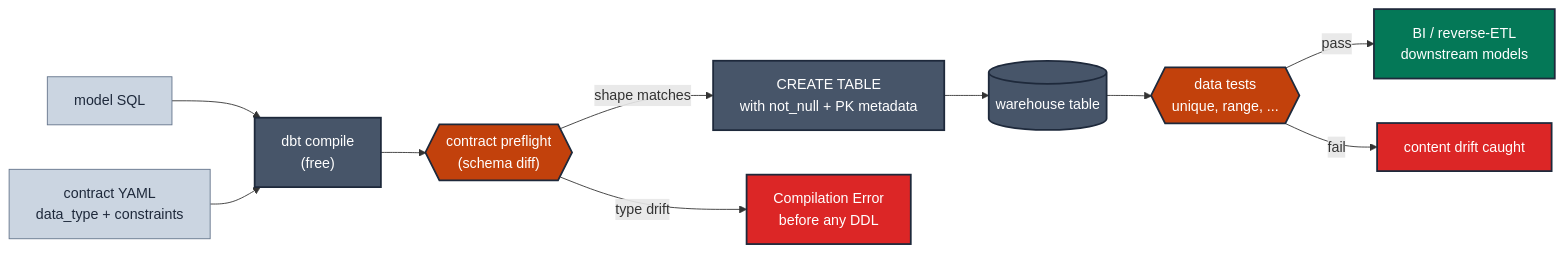
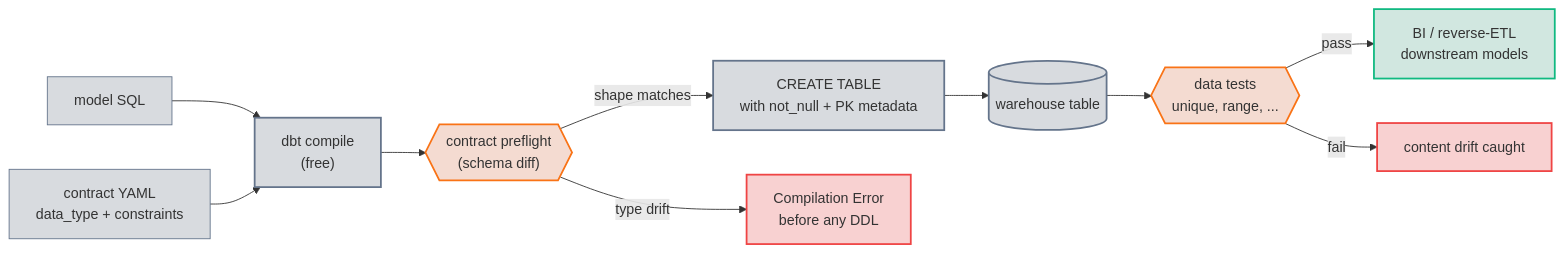
One commit to neozenith/dbt-gcp-jaffleshop changed the diagram in docs/guides/testing_taxonomy/model/MD-02-contracts.md. Above: the diagram before and after it, drawn with Mermaid. The commit also changed 36 other files, not shown here.

First line of the commit message:
docs(taxonomy): rework guide entry-point + WCAG-AAA dual-theme mermaid palette (#19)

````diff
--- a/docs/guides/testing_taxonomy/model/MD-02-contracts.md
+++ b/docs/guides/testing_taxonomy/model/MD-02-contracts.md
@@ -99,21 +99,21 @@
 ```mermaid
 flowchart LR
     sql["model SQL"]:::modelSecondary --> compile["dbt compile<br/>(free)"]:::modelPrimary
     yaml["contract YAML<br/>data_type + constraints"]:::modelSecondary --> compile
 
     compile --> preflight{{"contract preflight<br/>(schema diff)"}}:::gate
 
     preflight -- "shape matches" --> ddl["CREATE TABLE<br/>with not_null + PK metadata"]:::modelPrimary
     preflight -- "type drift" --> stop["Compilation Error<br/>before any DDL"]:::fail
 
     ddl --> table[("warehouse table")]:::modelPrimary
     table --> tests{{"data tests<br/>unique, range, ..."}}:::gate
     tests -- pass --> consumers["BI / reverse-ETL<br/>downstream models"]:::ok
     tests -- fail --> stop2["content drift caught"]:::fail
 
-    classDef modelPrimary   fill:#475569,stroke:#1e293b,color:#fff,stroke-width:2px
-    classDef modelSecondary fill:#cbd5e1,stroke:#64748b,color:#1e293b,stroke-width:1px
-    classDef gate           fill:#c2410c,stroke:#1e293b,color:#fff,stroke-width:2px
-    classDef ok             fill:#047857,stroke:#1e293b,color:#fff,stroke-width:2px
-    classDef fail           fill:#dc2626,stroke:#1e293b,color:#fff,stroke-width:2px
+    classDef modelPrimary fill:#47556936,stroke:#64748b,stroke-width:2px
+    classDef modelSecondary fill:#47556936,stroke:#64748b,stroke-width:1px
+    classDef gate fill:#c2410c30,stroke:#f97316,stroke-width:2px
+    classDef ok fill:#0478572e,stroke:#10b981,stroke-width:2px
+    classDef fail fill:#dc262636,stroke:#ef4444,stroke-width:2px
 ```
````
